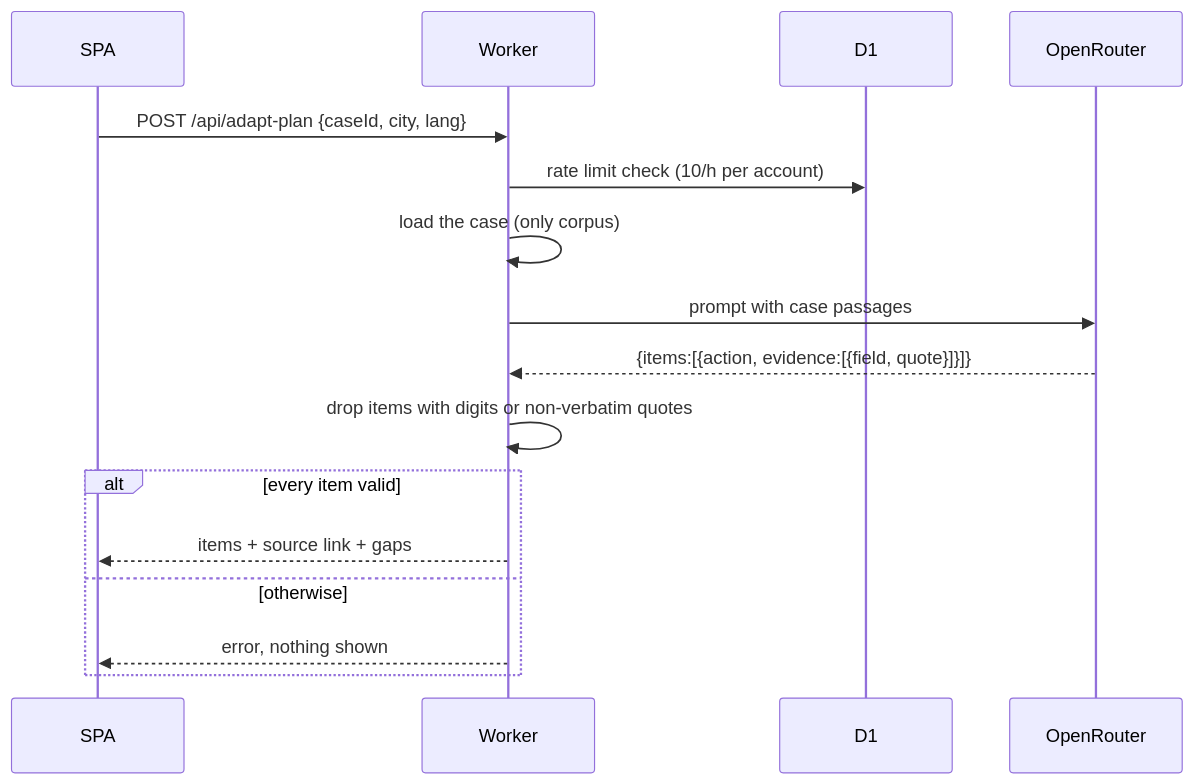
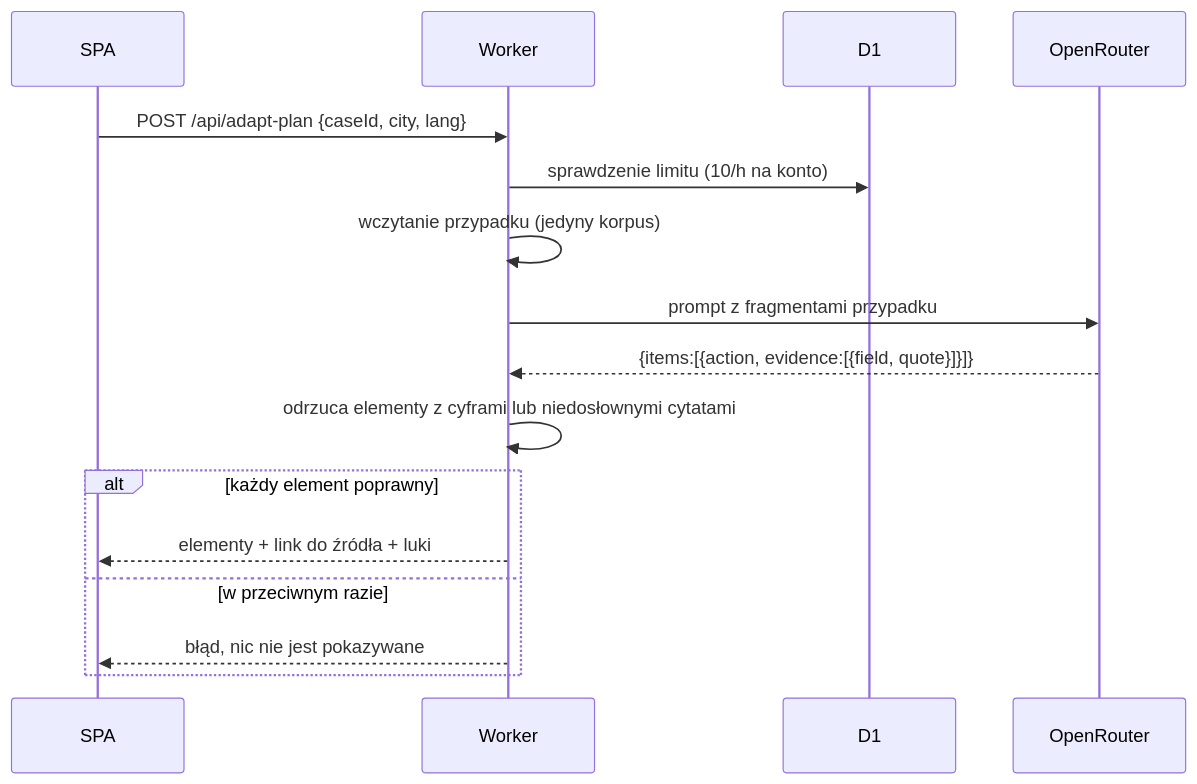
Before and after one commit to DLiHealer/bridgeway: the eighth of 8 diagrams in docs/ARCHITECTURE.md, drawn with Mermaid. The commit also changed other lines of this file and 11 other files, not shown here.

````diff
--- a/docs/ARCHITECTURE.md
+++ b/docs/ARCHITECTURE.md
@@ -215,18 +215,18 @@
 ```mermaid
 sequenceDiagram
   participant SPA
   participant W as Worker
   participant D as D1
   participant L as OpenRouter
   SPA->>W: POST /api/adapt-plan {caseId, city, lang}
-  W->>D: rate limit check (10/h per account)
-  W->>W: load the case (only corpus)
-  W->>L: prompt with case passages
+  W->>D: sprawdzenie limitu (10/h na konto)
+  W->>W: wczytanie przypadku (jedyny korpus)
+  W->>L: prompt z fragmentami przypadku
   L-->>W: {items:[{action, evidence:[{field, quote}]}]}
-  W->>W: drop items with digits or non-verbatim quotes
-  alt every item valid
-    W-->>SPA: items + source link + gaps
-  else otherwise
-    W-->>SPA: error, nothing shown
+  W->>W: odrzuca elementy z cyframi lub niedosłownymi cytatami
+  alt każdy element poprawny
+    W-->>SPA: elementy + link do źródła + luki
+  else w przeciwnym razie
+    W-->>SPA: błąd, nic nie jest pokazywane
   end
 ```
````
